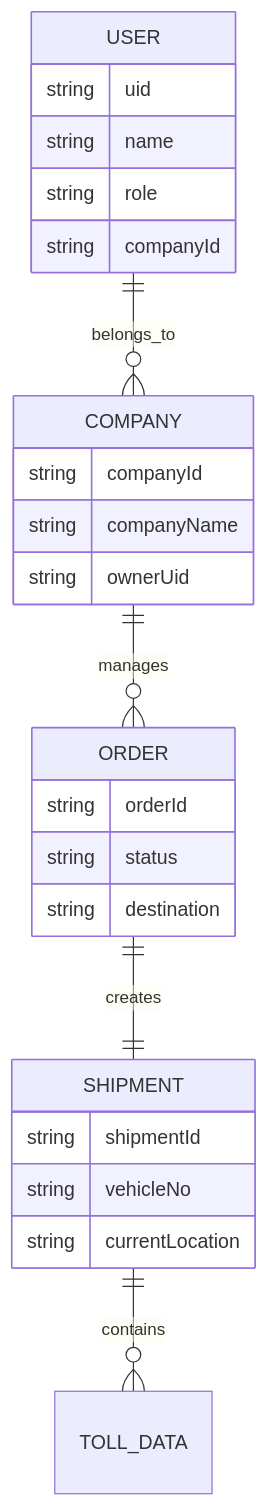
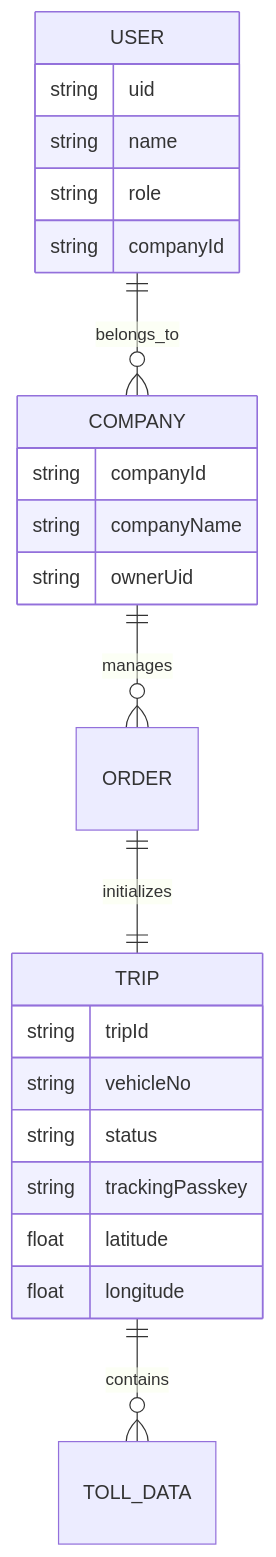
Before and after one commit to navnita-sharma/FleetSync: the third of 6 diagrams in README.md, drawn with Mermaid. The commit also changed other lines of this file and 12 other files, not shown here.

Commit message:
Initial FleetSync project with README diagrams

````diff
--- a/README.md
+++ b/README.md
@@ -49,29 +55,27 @@
 ```mermaid
 erDiagram
     USER ||--o{ COMPANY : belongs_to
     COMPANY ||--o{ ORDER : manages
-    ORDER ||--|| SHIPMENT : creates
-    SHIPMENT ||--o{ TOLL_DATA : contains
+    ORDER ||--|| TRIP : initializes
+    TRIP ||--o{ TOLL_DATA : contains
     
     USER {
         string uid
         string name
         string role
         string companyId
     }
     COMPANY {
         string companyId
         string companyName
         string ownerUid
     }
-    ORDER {
-        string orderId
+    TRIP {
+        string tripId
+        string vehicleNo
         string status
-        string destination
-    }
-    SHIPMENT {
-        string shipmentId
-        string vehicleNo
-        string currentLocation
+        string trackingPasskey
+        float latitude
+        float longitude
     }
 ```
````
